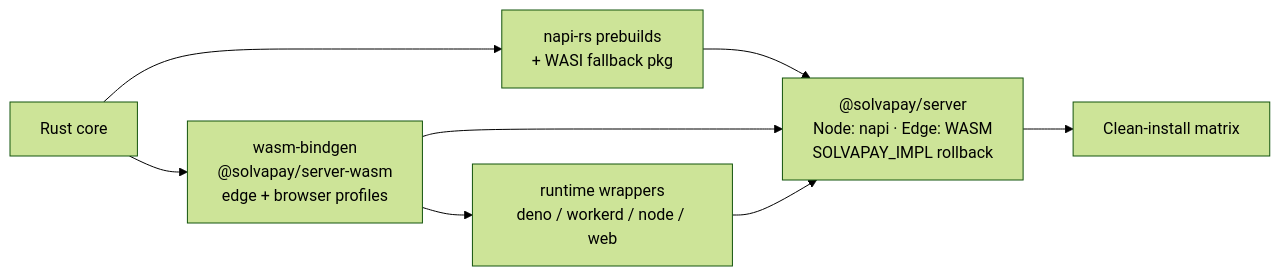
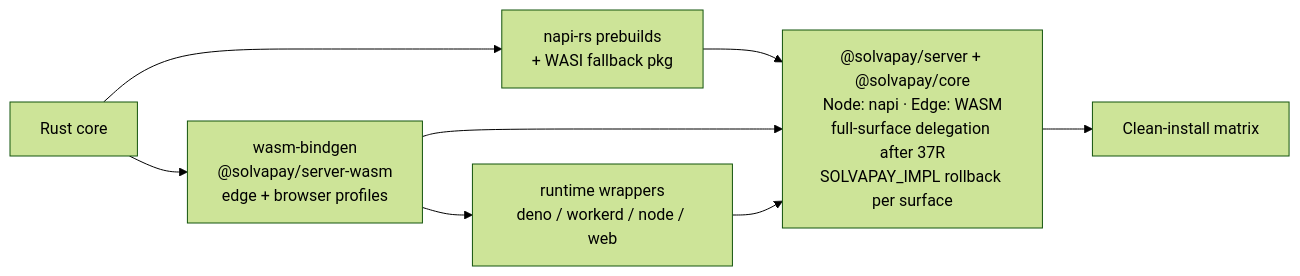
The tenth of 18 diagrams in docs/contributing/rust-core-sdk-redesign-v2.md (solvapay/solvapay-sdk), drawn with Mermaid (forest theme) before and after one commit. The commit also changed other lines of this file and 86 other files, not shown here.

````diff
--- a/docs/contributing/rust-core-sdk-redesign-v2.md
+++ b/docs/contributing/rust-core-sdk-redesign-v2.md
@@ -1103,10 +1105,10 @@
 ```mermaid
 flowchart LR
   CORE6["Rust core"] --> NAPI6["napi-rs prebuilds<br/>+ WASI fallback pkg"]
   CORE6 --> WASM6["wasm-bindgen<br/>@solvapay/server-wasm<br/>edge + browser profiles"]
-  NAPI6 --> EXP["@solvapay/server<br/>Node: napi · Edge: WASM<br/>SOLVAPAY_IMPL rollback"]
+  NAPI6 --> EXP["@solvapay/server + @solvapay/core<br/>Node: napi · Edge: WASM<br/>full-surface delegation after 37R<br/>SOLVAPAY_IMPL rollback per surface"]
   WASM6 --> EXP
   WASM6 --> WRAP["runtime wrappers<br/>deno / workerd / node / web"]
   WRAP --> EXP
   EXP --> SMOKE["Clean-install matrix"]
 ```
````
